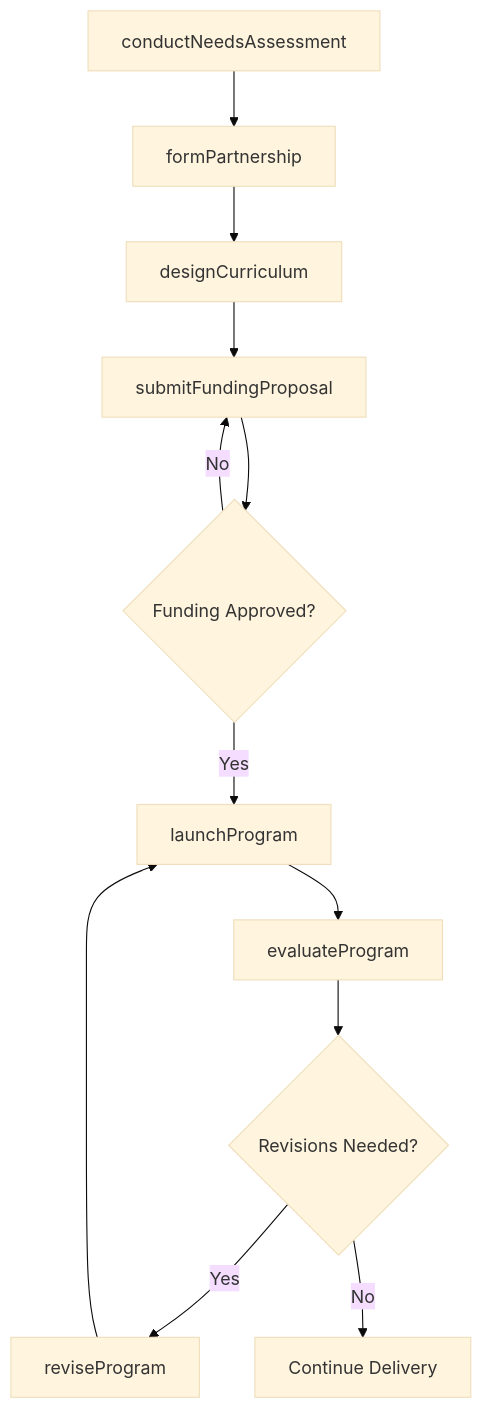
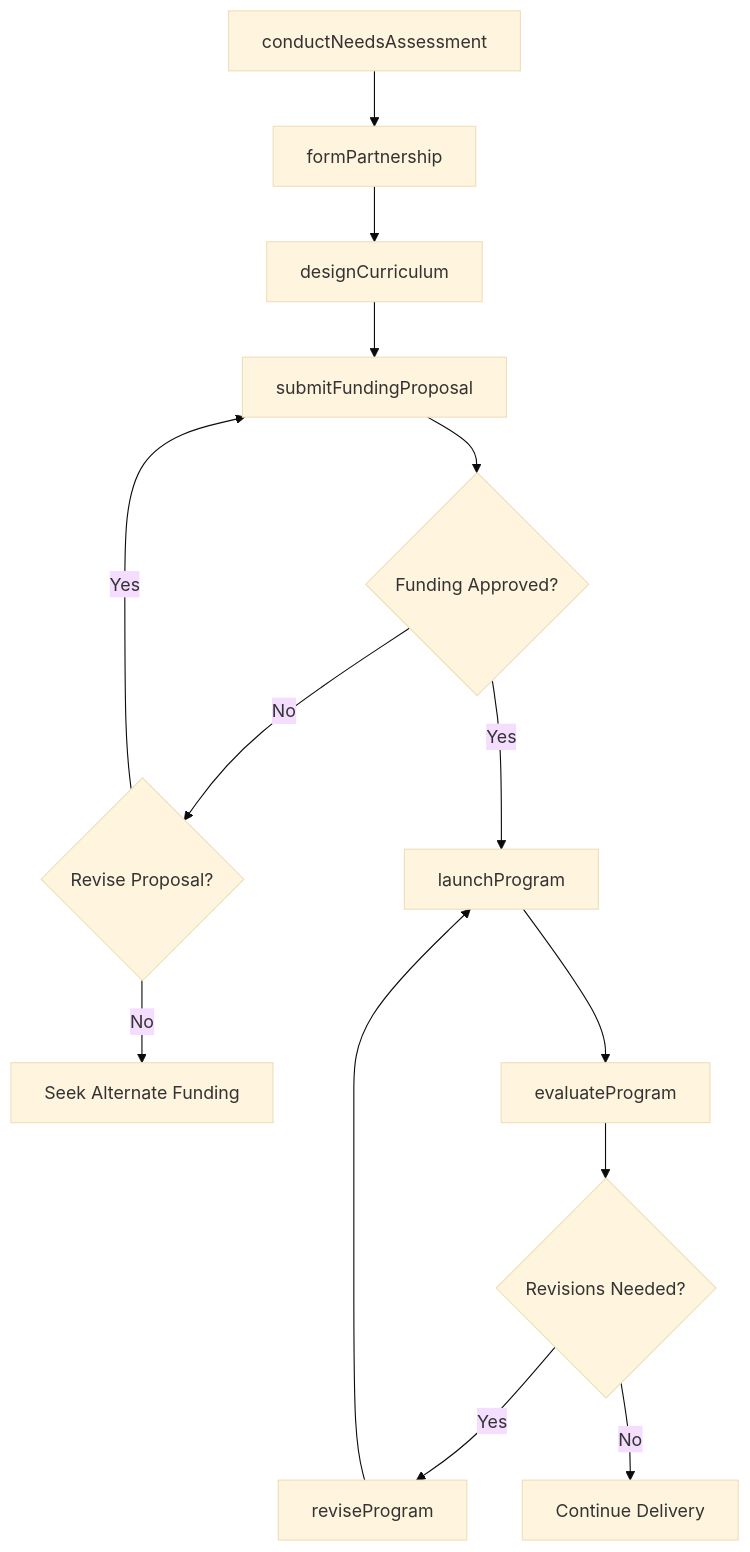
One commit to dot-org-ai/tasks.org.ai changed the third of 4 diagrams in CommunicatingWithSupervisorsPeersOrSubordinates/CollaborateInTheDevelopmentOfEducationalPrograms/CollaborateProfessionalsDevelopEducationAssistance.mdx. Above: the diagram before and after it, drawn with Mermaid (base theme). The commit also changed other lines of this file and 266 other files, not shown here.

First line of the commit message:
feat: Add ER diagrams, state diagrams to wave 2 batch (251 DWA files)

````diff
--- a/CommunicatingWithSupervisorsPeersOrSubordinates/CollaborateInTheDevelopmentOfEducationalPrograms/CollaborateProfessionalsDevelopEducationAssistance.mdx
+++ b/CommunicatingWithSupervisorsPeersOrSubordinates/CollaborateInTheDevelopmentOfEducationalPrograms/CollaborateProfessionalsDevelopEducationAssistance.mdx
@@ -87,14 +116,16 @@
 ```mermaid
 graph TD
     A[conductNeedsAssessment] --> B[formPartnership]
     B --> C[designCurriculum]
     C --> D[submitFundingProposal]
     D --> E{Funding Approved?}
     E -->|Yes| F[launchProgram]
-    E -->|No| D
-    F --> G[evaluateProgram]
-    G --> H{Revisions Needed?}
-    H -->|Yes| I[reviseProgram]
-    H -->|No| J[Continue Delivery]
-    I --> F
+    E -->|No| G{Revise Proposal?}
+    G -->|Yes| D
+    G -->|No| H[Seek Alternate Funding]
+    F --> I[evaluateProgram]
+    I --> J{Revisions Needed?}
+    J -->|Yes| K[reviseProgram]
+    J -->|No| L[Continue Delivery]
+    K --> F
 ```
````
